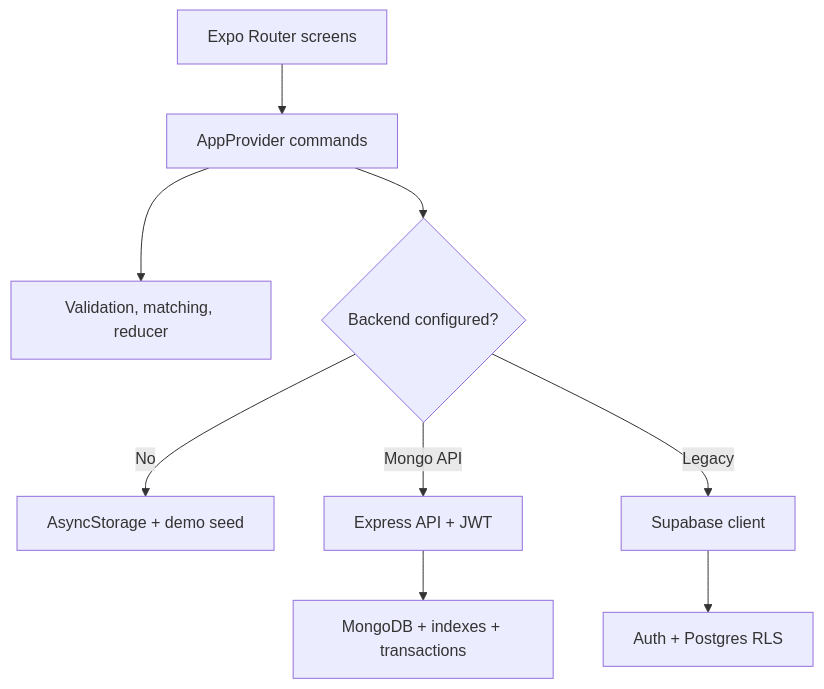
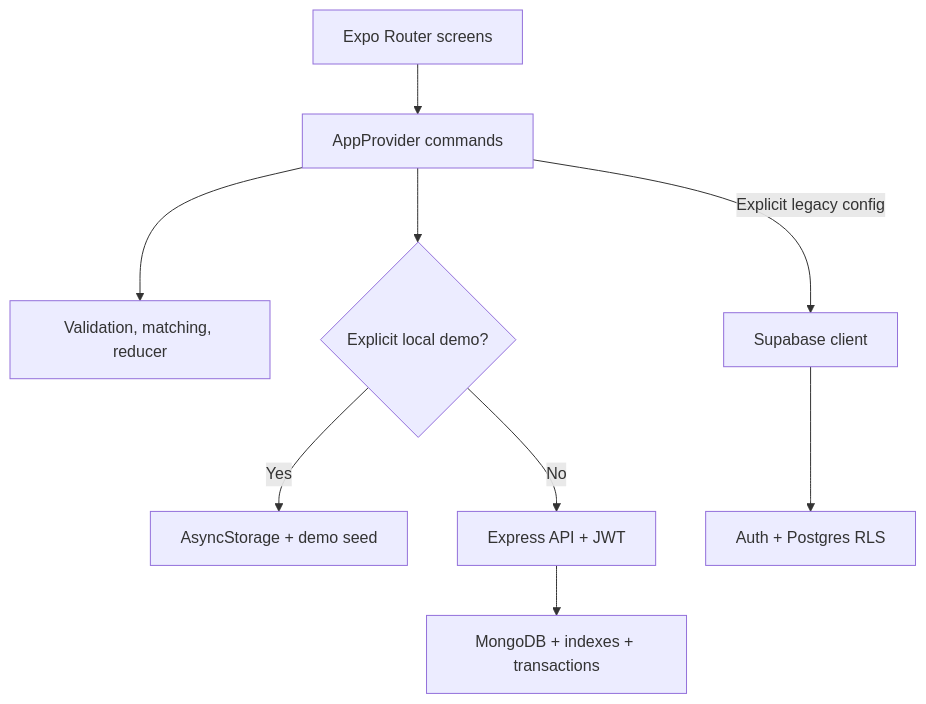
Before and after one commit to charifmahmoudi/Invite-someone-app: the diagram in docs/ARCHITECTURE.md, drawn with Mermaid. The commit also changed other lines of this file and 33 other files, not shown here.

````diff
--- a/docs/ARCHITECTURE.md
+++ b/docs/ARCHITECTURE.md
@@ -7,11 +7,11 @@
 ```mermaid
 flowchart TD
   Screens[Expo Router screens] --> Context[AppProvider commands]
   Context --> Domain[Validation, matching, reducer]
-  Context --> Mode{Backend configured?}
-  Mode -->|No| Local[AsyncStorage + demo seed]
-  Mode -->|Mongo API| API[Express API + JWT]
+  Context --> Mode{Explicit local demo?}
+  Mode -->|Yes| Local[AsyncStorage + demo seed]
+  Mode -->|No| API[Express API + JWT]
   API --> DB[MongoDB + indexes + transactions]
-  Mode -->|Legacy| Client[Supabase client]
+  Context -->|Explicit legacy config| Client[Supabase client]
   Client --> Legacy[Auth + Postgres RLS]
 ```
````
